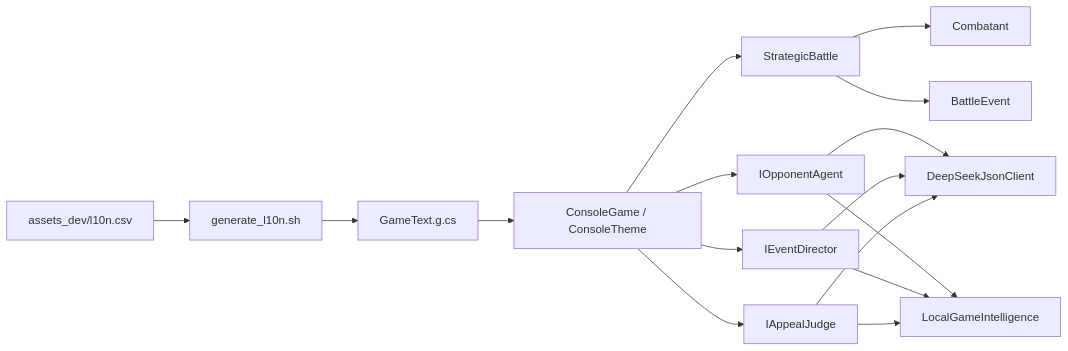
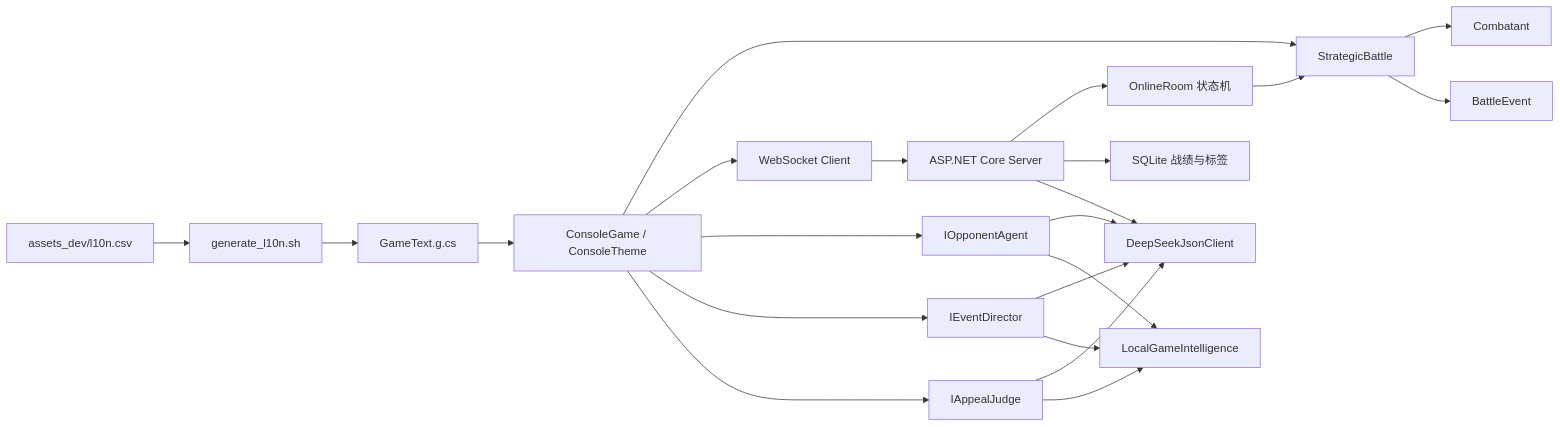
Before and after one commit to kongxiaoan/BattleGame: the diagram in README.md, drawn with Mermaid. The commit also changed other lines of this file and 71 other files, not shown here.

````diff
--- a/README.md
+++ b/README.md
@@ -75,18 +75,24 @@
 ```mermaid
 flowchart LR
     CLI["ConsoleGame / ConsoleTheme"] --> Core["StrategicBattle"]
+    CLI --> WS["WebSocket Client"]
+    WS --> Server["ASP.NET Core Server"]
+    Server --> Online["OnlineRoom 状态机"]
+    Online --> Core
+    Server --> DB["SQLite 战绩与标签"]
+    Server --> DS
     CLI --> Opponent["IOpponentAgent"]
     CLI --> Director["IEventDirector"]
     CLI --> Judge["IAppealJudge"]
     Opponent --> DS["DeepSeekJsonClient"]
     Director --> DS
     Judge --> DS
     Opponent --> Local["LocalGameIntelligence"]
     Director --> Local
     Judge --> Local
     Core --> Combatant
     Core --> Event["BattleEvent"]
     CSV["assets_dev/l10n.csv"] --> Generator["generate_l10n.sh"]
     Generator --> Text["GameText.g.cs"]
     Text --> CLI
 ```
````
